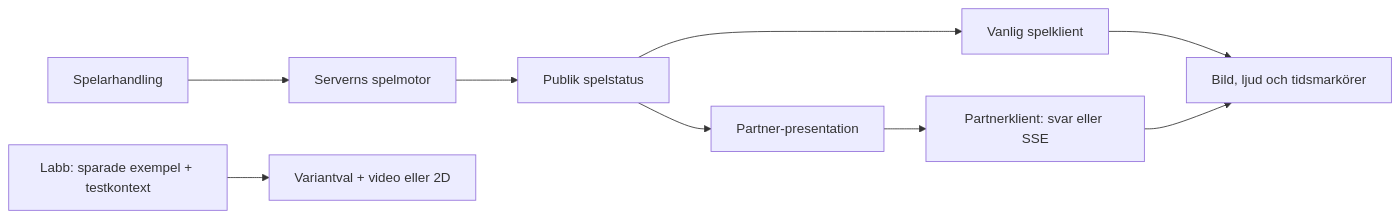
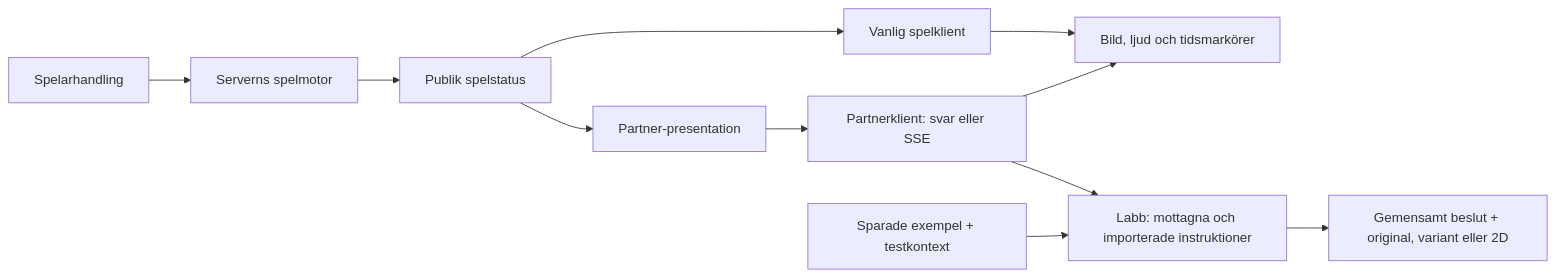
Before and after one commit to Jakeminator123/scoutgaming: the diagram in random-stuff-jakob/jakob-docs/systemkarta/README.md, drawn with Mermaid. The commit also changed 28 other files, not shown here.

````diff
--- a/random-stuff-jakob/jakob-docs/systemkarta/README.md
+++ b/random-stuff-jakob/jakob-docs/systemkarta/README.md
@@ -9,11 +9,13 @@
 ```mermaid
 flowchart LR
     A[Spelarhandling] --> B[Serverns spelmotor]
     B --> C[Publik spelstatus]
     C --> D[Vanlig spelklient]
     C --> E[Partner-presentation]
     E --> F[Partnerklient: svar eller SSE]
     D --> G[Bild, ljud och tidsmarkörer]
     F --> G
-    H[Labb: sparade exempel + testkontext] --> I[Variantval + video eller 2D]
+    F --> H[Labb: mottagna och importerade instruktioner]
+    J[Sparade exempel + testkontext] --> H
+    H --> I[Gemensamt beslut + original, variant eller 2D]
 ```
````
